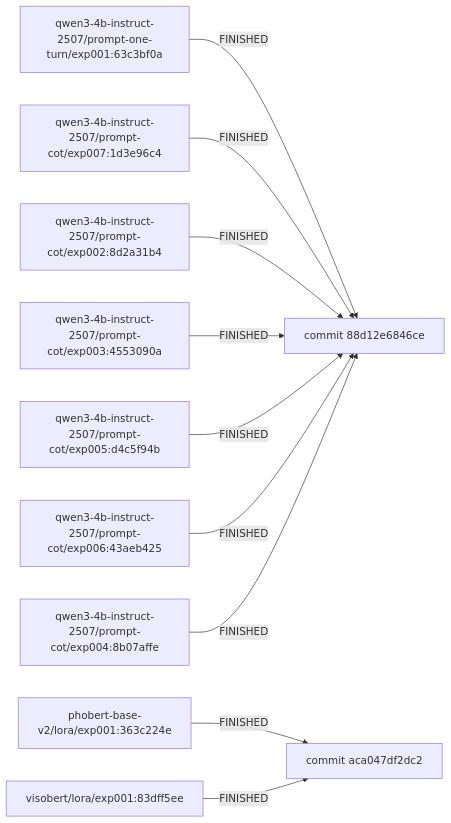
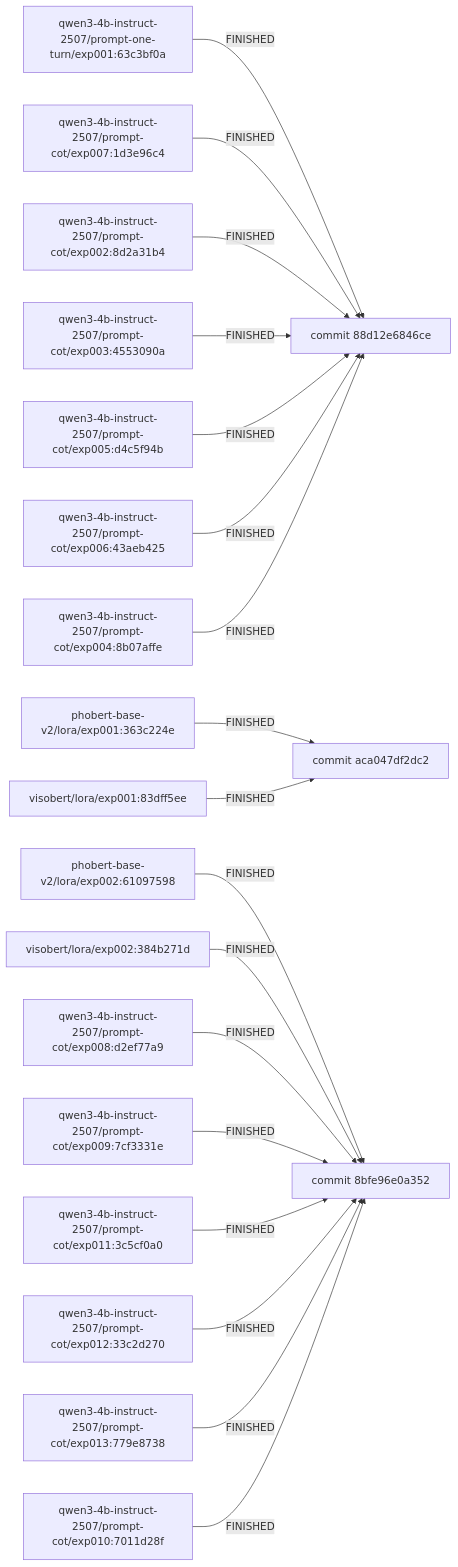
The diagram in data/reports/attempt_registry/attempt_registry.md (TrieuKhac-dev/SentimentX), drawn with Mermaid before and after one commit. The commit also changed 10 other files, not shown here.

````diff
--- a/data/reports/attempt_registry/attempt_registry.md
+++ b/data/reports/attempt_registry/attempt_registry.md
@@ -3,23 +3,40 @@
 ```mermaid
 graph LR
   n1["qwen3-4b-instruct-2507/prompt-one-turn/exp001:63c3bf0a"]
   n2["commit 88d12e6846ce"]
   n3["qwen3-4b-instruct-2507/prompt-cot/exp007:1d3e96c4"]
   n4["qwen3-4b-instruct-2507/prompt-cot/exp002:8d2a31b4"]
   n5["qwen3-4b-instruct-2507/prompt-cot/exp003:4553090a"]
   n6["qwen3-4b-instruct-2507/prompt-cot/exp005:d4c5f94b"]
   n7["qwen3-4b-instruct-2507/prompt-cot/exp006:43aeb425"]
   n8["phobert-base-v2/lora/exp001:363c224e"]
   n9["commit aca047df2dc2"]
   n10["visobert/lora/exp001:83dff5ee"]
   n11["qwen3-4b-instruct-2507/prompt-cot/exp004:8b07affe"]
+  n12["phobert-base-v2/lora/exp002:61097598"]
+  n13["commit 8bfe96e0a352"]
+  n14["visobert/lora/exp002:384b271d"]
+  n15["qwen3-4b-instruct-2507/prompt-cot/exp008:d2ef77a9"]
+  n16["qwen3-4b-instruct-2507/prompt-cot/exp009:7cf3331e"]
+  n17["qwen3-4b-instruct-2507/prompt-cot/exp011:3c5cf0a0"]
+  n18["qwen3-4b-instruct-2507/prompt-cot/exp012:33c2d270"]
+  n19["qwen3-4b-instruct-2507/prompt-cot/exp013:779e8738"]
+  n20["qwen3-4b-instruct-2507/prompt-cot/exp010:7011d28f"]
   n1 -->|FINISHED| n2
   n3 -->|FINISHED| n2
   n4 -->|FINISHED| n2
   n5 -->|FINISHED| n2
   n6 -->|FINISHED| n2
   n7 -->|FINISHED| n2
   n8 -->|FINISHED| n9
   n10 -->|FINISHED| n9
   n11 -->|FINISHED| n2
+  n12 -->|FINISHED| n13
+  n14 -->|FINISHED| n13
+  n15 -->|FINISHED| n13
+  n16 -->|FINISHED| n13
+  n17 -->|FINISHED| n13
+  n18 -->|FINISHED| n13
+  n19 -->|FINISHED| n13
+  n20 -->|FINISHED| n13
 ```
````
